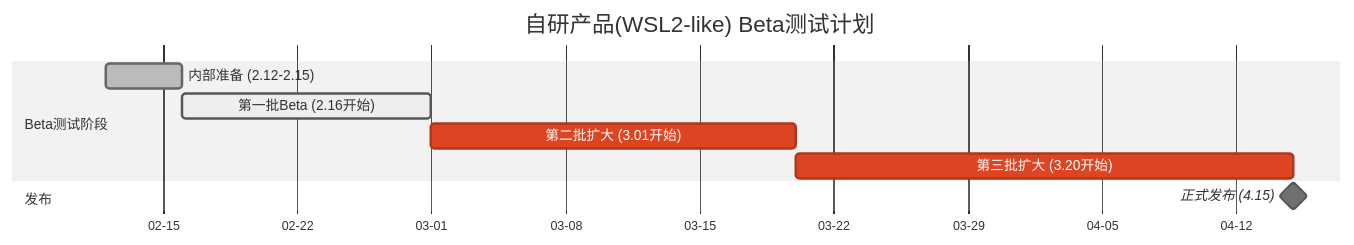
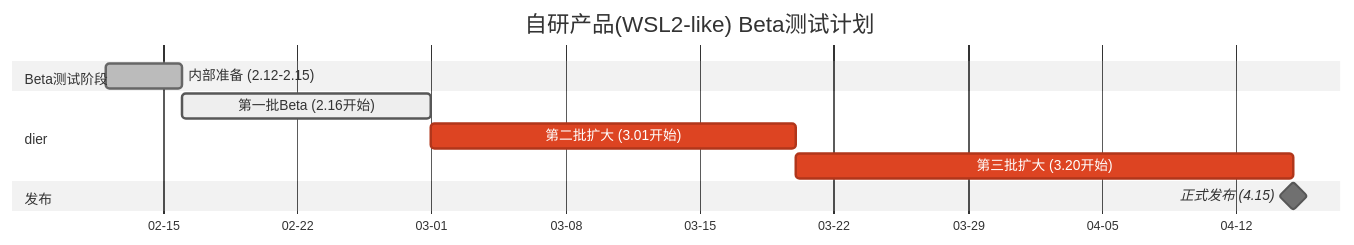
One commit to kilans/iodraw-files changed the diagram in all/未命名.md. Above: the diagram before and after it, drawn with Mermaid (neutral theme).

Commit message:
2026-02-12 15:17:16 update

````diff
--- a/all/未命名.md
+++ b/all/未命名.md
@@ -1,17 +1,17 @@
 ```mermaid
 gantt
     title 自研产品(WSL2-like) Beta测试计划
     dateFormat  YYYY-MM-DD
     axisFormat %m-%d
     
     section Beta测试阶段
     内部准备 (2.12-2.15)       :done, 2026-02-12, 4d
-    
+    section dier
     第一批Beta (2.16开始)      :active, 2026-02-16, 13d
     第二批扩大 (3.01开始)      :crit, 2026-03-01, 19d
     第三批扩大 (3.20开始)      :crit, 2026-03-20, 26d
     
     section 发布
     正式发布 (4.15)           :milestone, 2026-04-15, 0d
 
 ```
````
